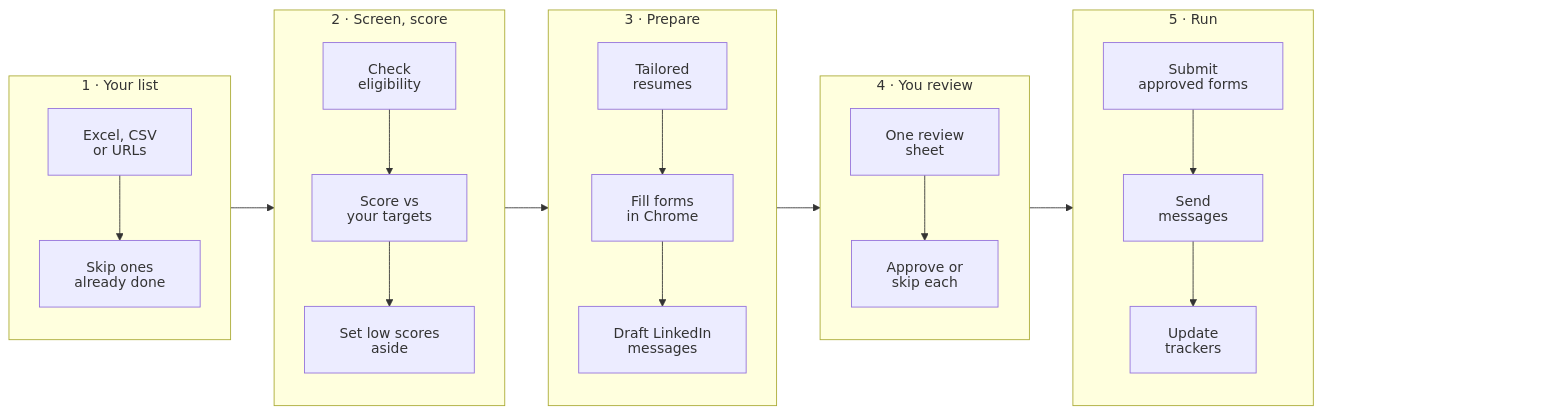
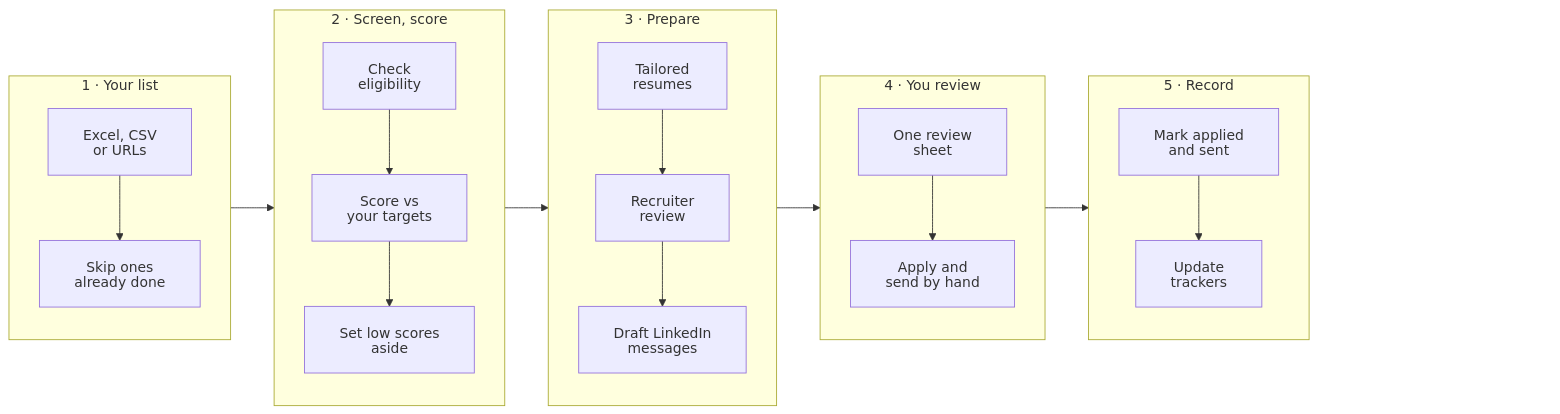
The second of 3 diagrams in README.md (alymo8/jobapps), drawn with Mermaid before and after one commit. The commit also changed other lines of this file and 32 other files, not shown here.

````diff
--- a/README.md
+++ b/README.md
@@ -42,27 +43,27 @@
 ```mermaid
 %%{init: {"htmlLabels": false, "flowchart": {"htmlLabels": false, "padding": 20}}}%%
 flowchart LR
     subgraph S1["1 · Your list"]
         direction TB
         S10["Excel, CSV<br/>or URLs"] --> S11["Skip ones<br/>already done"]
     end
     subgraph S2["2 · Screen, score"]
         direction TB
         S20["Check<br/>eligibility"] --> S21["Score vs<br/>your targets"] --> S22["Set low scores<br/>aside"]
     end
     subgraph S3["3 · Prepare"]
         direction TB
-        S30["Tailored<br/>resumes"] --> S31["Fill forms<br/>in Chrome"] --> S32["Draft LinkedIn<br/>messages"]
+        S30["Tailored<br/>resumes"] --> S31["Recruiter<br/>review"] --> S32["Draft LinkedIn<br/>messages"]
     end
     subgraph S4["4 · You review"]
         direction TB
-        S40["One review<br/>sheet"] --> S41["Approve or<br/>skip each"]
+        S40["One review<br/>sheet"] --> S41["Apply and<br/>send by hand"]
     end
-    subgraph S5["5 · Run"]
+    subgraph S5["5 · Record"]
         direction TB
-        S50["Submit<br/>approved forms"] --> S51["Send<br/>messages"] --> S52["Update<br/>trackers"]
+        S50["Mark applied<br/>and sent"] --> S51["Update<br/>trackers"]
     end
     S1 --> S2 --> S3 --> S4 --> S5
     S5 ~~~ PAD["room for the zoom buttons"]
     style PAD fill:none,stroke:none,color:transparent
 ```
````
